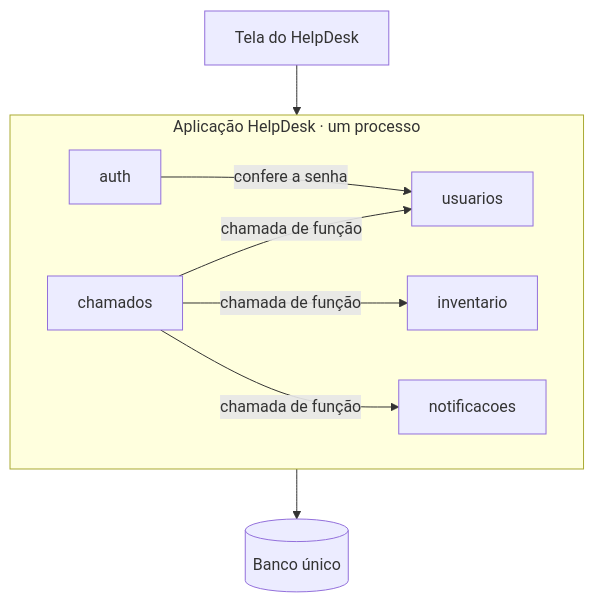
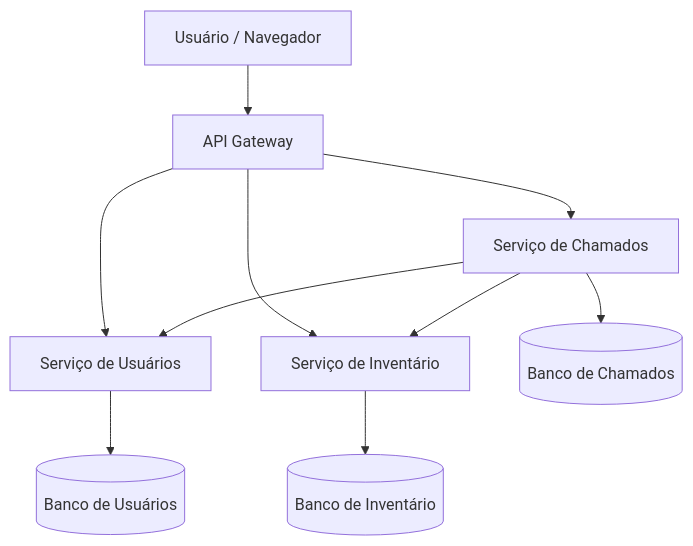
One commit to peddrocarvalho/helpdesk-microsservicos-pedro changed the diagram in README.md. Above: the diagram before and after it, drawn with Mermaid. The commit also changed other lines of this file and 11 other files, not shown here.

````diff
--- a/README.md
+++ b/README.md
@@ -102,16 +22,15 @@
 ```mermaid
-flowchart TB
-    Tela[Tela do HelpDesk] --> API
-    subgraph API[Aplicação HelpDesk · um processo]
-        Auth[auth]
-        Usuarios[usuarios]
-        Inventario[inventario]
-        Chamados[chamados]
-        Notificacoes[notificacoes]
-        Auth -->|confere a senha| Usuarios
-        Chamados -->|chamada de função| Usuarios
-        Chamados -->|chamada de função| Inventario
-        Chamados -->|chamada de função| Notificacoes
-    end
-    API --> BD[(Banco único)]
+flowchart TD
+    Cliente[Usuário / Navegador] --> Gateway[API Gateway]
+
+    Gateway --> Usuarios[Serviço de Usuários]
+    Gateway --> Inventario[Serviço de Inventário]
+    Gateway --> Chamados[Serviço de Chamados]
+
+    Chamados --> Usuarios
+    Chamados --> Inventario
+
+    Usuarios --> DB1[(Banco de Usuários)]
+    Inventario --> DB2[(Banco de Inventário)]
+    Chamados --> DB3[(Banco de Chamados)]
 ```
````
